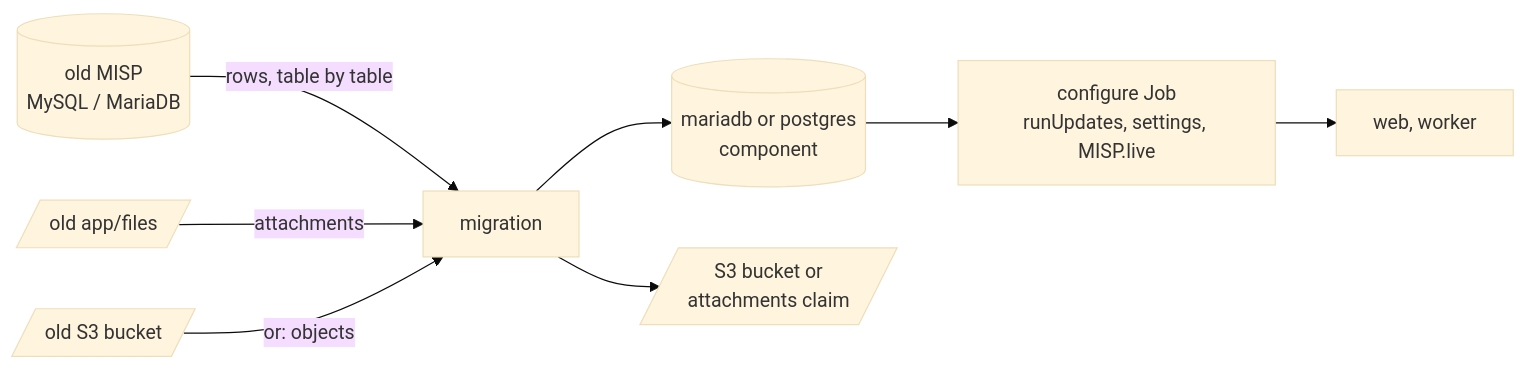
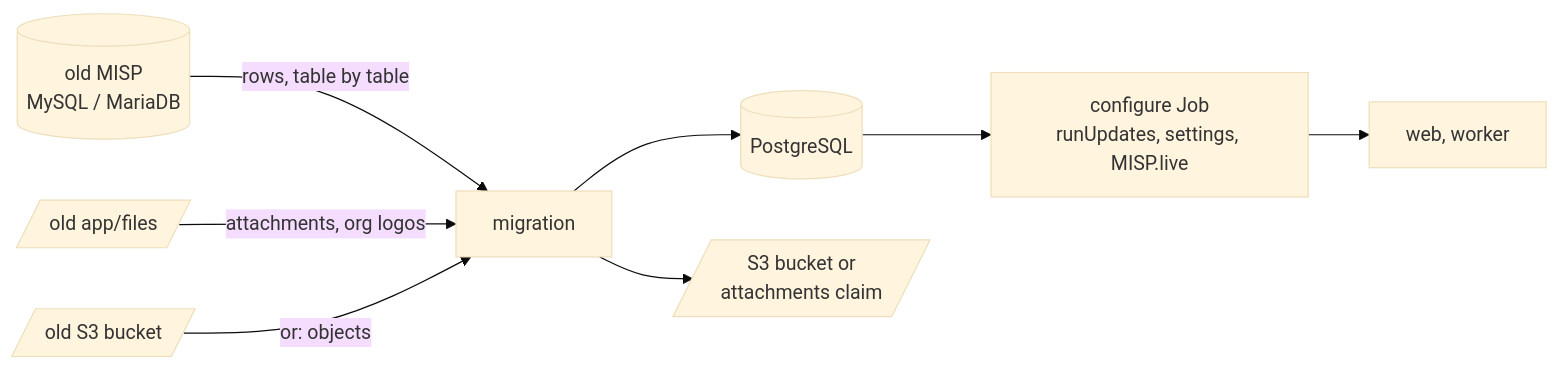
Before and after one commit to oivindoh/misp-container: the diagram in docs/migration.md, drawn with Mermaid (base theme). The commit also changed other lines of this file and 72 other files, not shown here.

Commit message:
PostgreSQL only, with a MySQL import that can upgrade an older source; job runs as system_settings rows; one GPG key file and tmpfs scratch in Compose; the hub-spoke stack from the deploy stack

````diff
--- a/docs/migration.md
+++ b/docs/migration.md
@@ -27,10 +27,10 @@
 ```mermaid
 flowchart LR
     S[(old MISP<br/>MySQL / MariaDB)] -->|rows, table by table| J[migration]
-    F[/old app/files/] -->|attachments| J
+    F[/old app/files/] -->|attachments, org logos| J
     B[/old S3 bucket/] -->|or: objects| J
-    J --> T[(mariadb or postgres<br/>component)]
+    J --> T[(PostgreSQL)]
     J --> A[/S3 bucket or<br/>attachments claim/]
     T --> C[configure Job<br/>runUpdates, settings, MISP.live]
     C --> W[web, worker]
 ```
````
